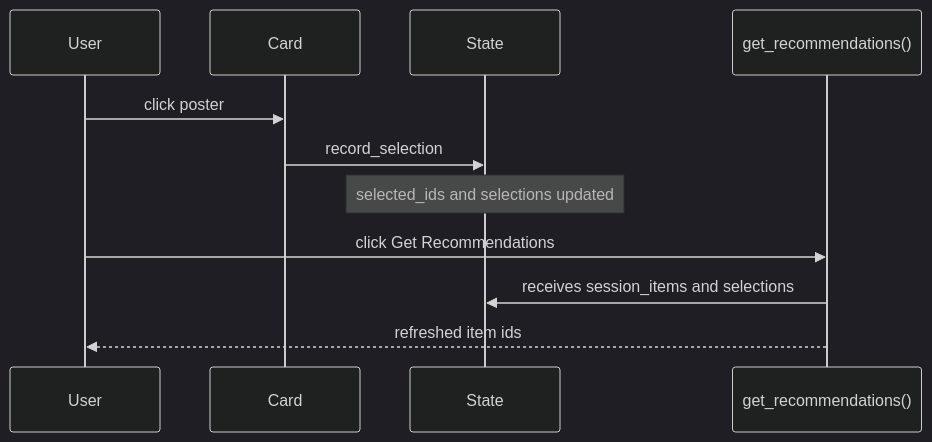
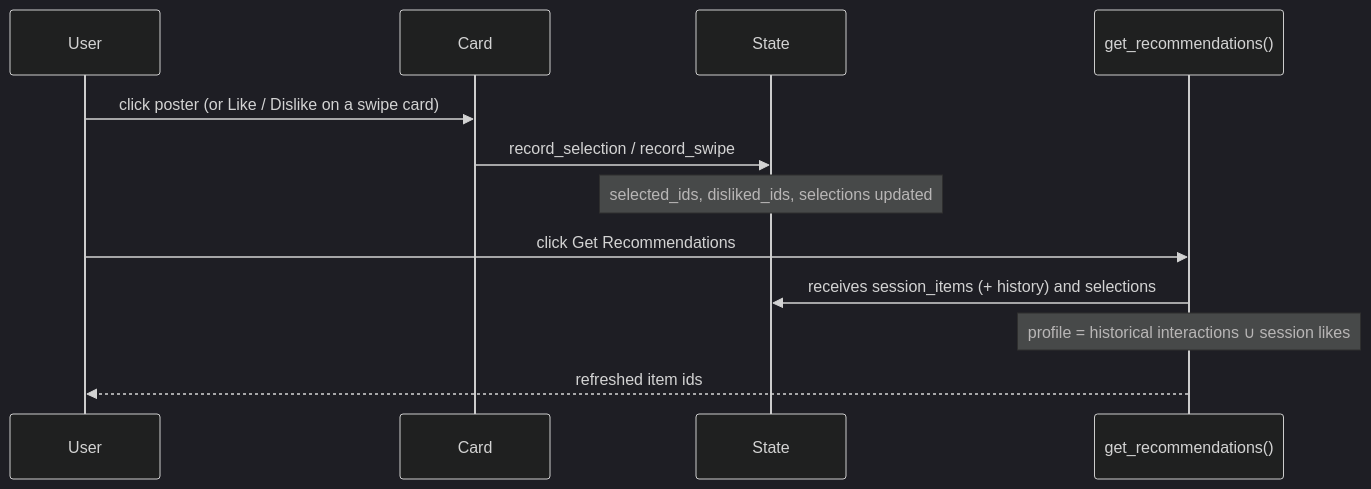
The diagram in docs/CONTRACTS.md (vaclavstibor/streamlit-recommenders), drawn with Mermaid (dark theme) before and after one commit. The commit also changed other lines of this file and 11 other files, not shown here.

````diff
--- a/docs/CONTRACTS.md
+++ b/docs/CONTRACTS.md
@@ -133,14 +152,15 @@
 ```mermaid
 sequenceDiagram
   participant User
   participant Card
   participant State
   participant Rec as get_recommendations()
 
-  User->>Card: click poster
-  Card->>State: record_selection
-  Note over State: selected_ids and selections updated
+  User->>Card: click poster (or Like / Dislike on a swipe card)
+  Card->>State: record_selection / record_swipe
+  Note over State: selected_ids, disliked_ids, selections updated
   User->>Rec: click Get Recommendations
-  Rec->>State: receives session_items and selections
+  Rec->>State: receives session_items (+ history) and selections
+  Note over Rec: profile = historical interactions ∪ session likes
   Rec-->>User: refreshed item ids
 ```
````
